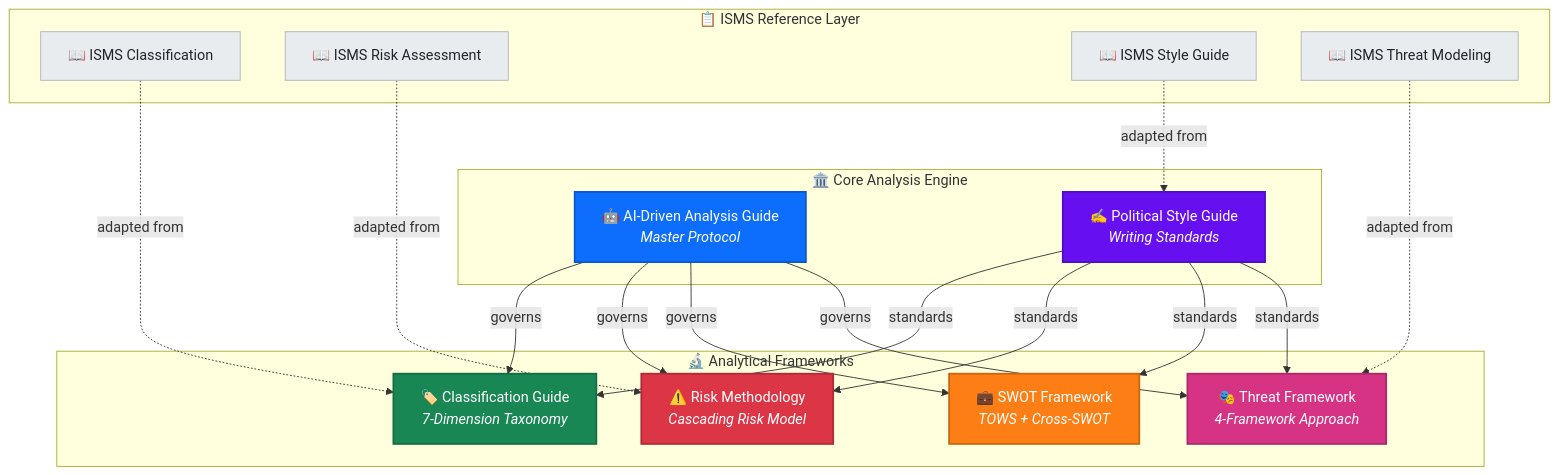
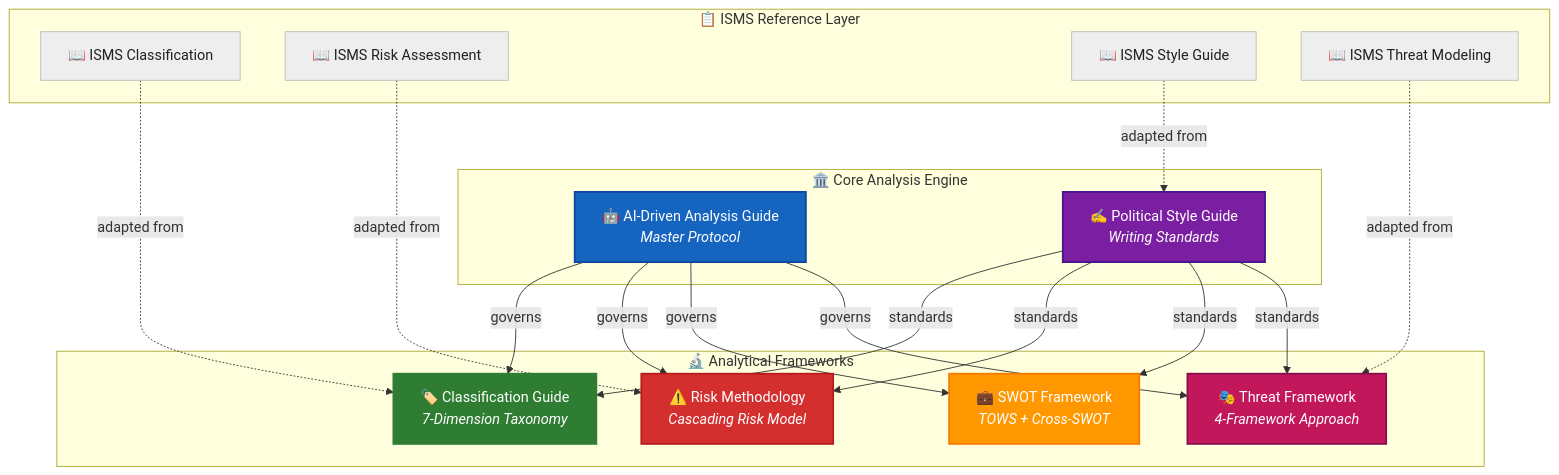
The third of 11 diagrams in analysis/methodologies/README.md (Hack23/riksdagsmonitor), drawn with Mermaid before and after one commit. The commit also changed other lines of this file and 14 other files, not shown here.

First line of the commit message:
Align analysis/ mermaid diagrams with ISMS Style Guide palette and convert SWOT to quadrantChart

````diff
--- a/analysis/methodologies/README.md
+++ b/analysis/methodologies/README.md
@@ -199,45 +199,45 @@
 ```mermaid
 graph TB
     subgraph "🏛️ Core Analysis Engine"
         GUIDE["🤖 AI-Driven Analysis Guide<br/><i>Master Protocol</i>"]
         STYLE["✍️ Political Style Guide<br/><i>Writing Standards</i>"]
     end
 
     subgraph "🔬 Analytical Frameworks"
         CLASS["🏷️ Classification Guide<br/><i>7-Dimension Taxonomy</i>"]
         RISK["⚠️ Risk Methodology<br/><i>Cascading Risk Model</i>"]
         SWOT["💼 SWOT Framework<br/><i>TOWS + Cross-SWOT</i>"]
         THREAT["🎭 Threat Framework<br/><i>4-Framework Approach</i>"]
     end
 
     subgraph "📋 ISMS Reference Layer"
         ISMS1["📖 ISMS Classification"]
         ISMS2["📖 ISMS Risk Assessment"]
         ISMS3["📖 ISMS Style Guide"]
         ISMS4["📖 ISMS Threat Modeling"]
     end
 
     GUIDE -->|"governs"| CLASS
     GUIDE -->|"governs"| RISK
     GUIDE -->|"governs"| SWOT
     GUIDE -->|"governs"| THREAT
     STYLE -->|"standards"| CLASS
     STYLE -->|"standards"| RISK
     STYLE -->|"standards"| SWOT
     STYLE -->|"standards"| THREAT
     ISMS1 -.->|"adapted from"| CLASS
     ISMS2 -.->|"adapted from"| RISK
     ISMS3 -.->|"adapted from"| STYLE
     ISMS4 -.->|"adapted from"| THREAT
 
-    style GUIDE fill:#0d6efd,color:#fff,stroke:#0a58ca,stroke-width:2px
-    style STYLE fill:#6610f2,color:#fff,stroke:#520dc2,stroke-width:2px
-    style CLASS fill:#198754,color:#fff,stroke:#146c43,stroke-width:2px
-    style RISK fill:#dc3545,color:#fff,stroke:#b02a37,stroke-width:2px
-    style SWOT fill:#fd7e14,color:#fff,stroke:#ca6510,stroke-width:2px
-    style THREAT fill:#d63384,color:#fff,stroke:#ab296a,stroke-width:2px
-    style ISMS1 fill:#e9ecef,color:#212529,stroke:#adb5bd
-    style ISMS2 fill:#e9ecef,color:#212529,stroke:#adb5bd
-    style ISMS3 fill:#e9ecef,color:#212529,stroke:#adb5bd
-    style ISMS4 fill:#e9ecef,color:#212529,stroke:#adb5bd
+    style GUIDE fill:#1565C0,color:#FFFFFF,stroke:#0D47A1,stroke-width:2px
+    style STYLE fill:#7B1FA2,color:#FFFFFF,stroke:#4A148C,stroke-width:2px
+    style CLASS fill:#2E7D32,color:#FFFFFF,stroke:#2E7D32,stroke-width:2px
+    style RISK fill:#D32F2F,color:#FFFFFF,stroke:#B71C1C,stroke-width:2px
+    style SWOT fill:#FF9800,color:#FFFFFF,stroke:#F57C00,stroke-width:2px
+    style THREAT fill:#C2185B,color:#FFFFFF,stroke:#880E4F,stroke-width:2px
+    style ISMS1 fill:#EEEEEE,color:#212121,stroke:#BDBDBD
+    style ISMS2 fill:#EEEEEE,color:#212121,stroke:#BDBDBD
+    style ISMS3 fill:#EEEEEE,color:#212121,stroke:#BDBDBD
+    style ISMS4 fill:#EEEEEE,color:#212121,stroke:#BDBDBD
 ```
````
